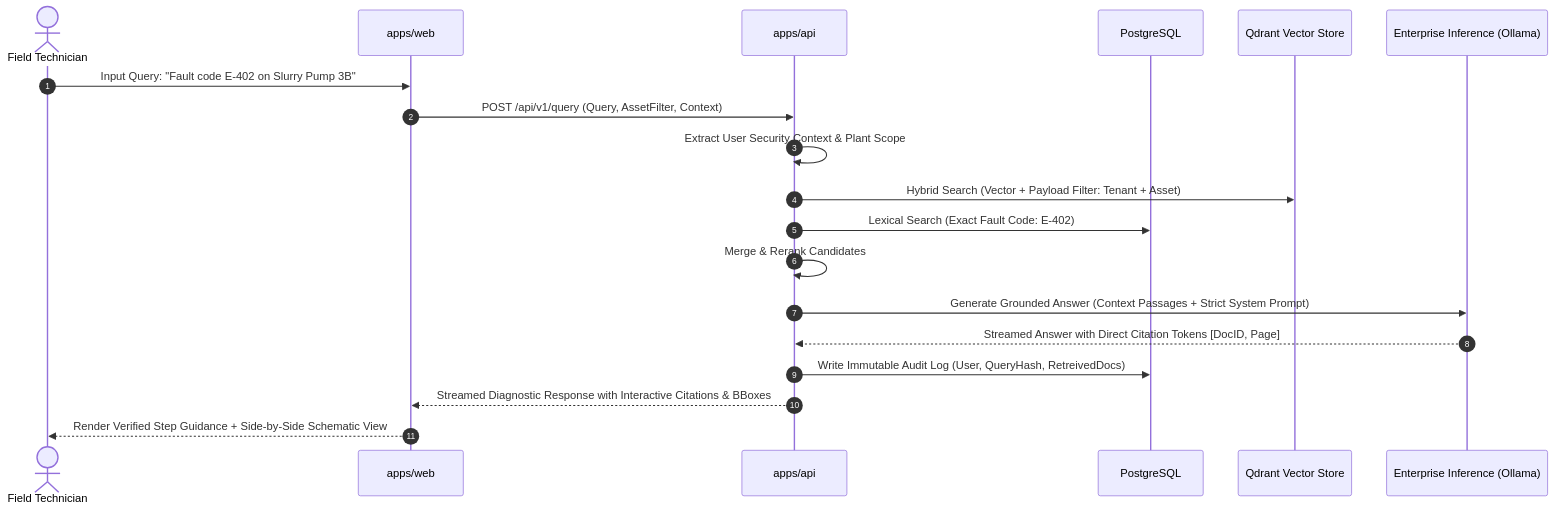
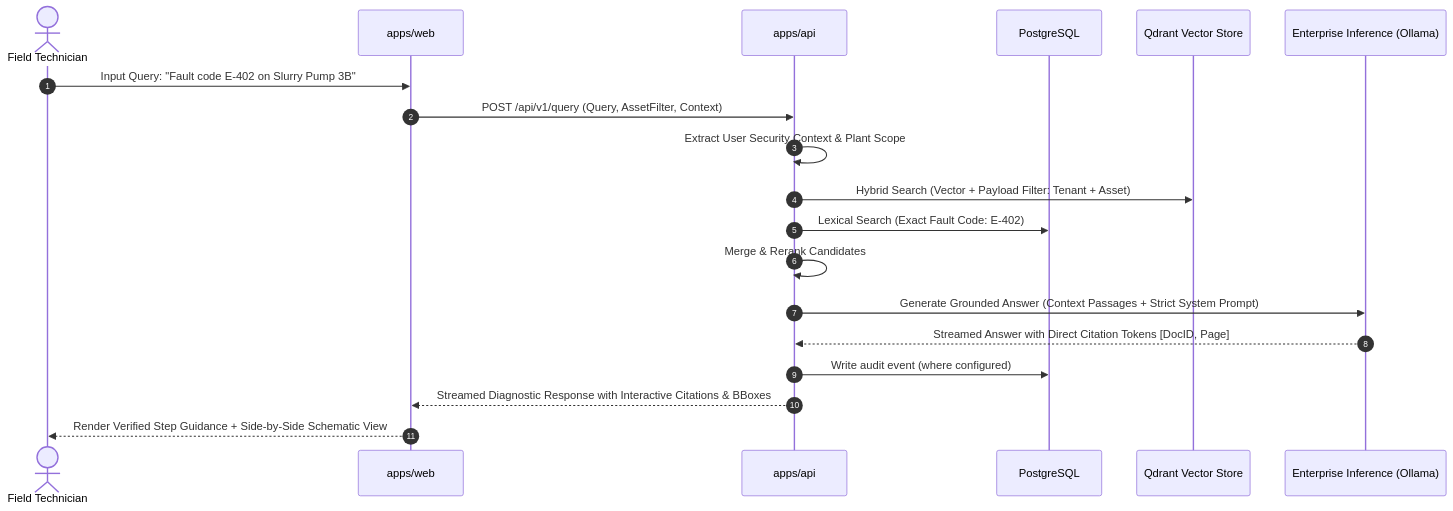
The second of 2 diagrams in docs/ARCHITECTURE.md (sakshamgoel2106/forgex), drawn with Mermaid before and after one commit. The commit also changed other lines of this file and 60 other files, not shown here.

````diff
--- a/docs/ARCHITECTURE.md
+++ b/docs/ARCHITECTURE.md
@@ -130,22 +130,22 @@
 ```mermaid
 sequenceDiagram
     autonumber
     actor Tech as Field Technician
     participant Web as apps/web
     participant API as apps/api
     participant DB as PostgreSQL
     participant Qdrant as Qdrant Vector Store
     participant LLM as Enterprise Inference (Ollama)
 
     Tech->>Web: Input Query: "Fault code E-402 on Slurry Pump 3B"
     Web->>API: POST /api/v1/query (Query, AssetFilter, Context)
     API->>API: Extract User Security Context & Plant Scope
     API->>Qdrant: Hybrid Search (Vector + Payload Filter: Tenant + Asset)
     API->>DB: Lexical Search (Exact Fault Code: E-402)
     API->>API: Merge & Rerank Candidates
     API->>LLM: Generate Grounded Answer (Context Passages + Strict System Prompt)
     LLM-->>API: Streamed Answer with Direct Citation Tokens [DocID, Page]
-    API->>DB: Write Immutable Audit Log (User, QueryHash, RetreivedDocs)
+    API->>DB: Write audit event (where configured)
     API-->>Web: Streamed Diagnostic Response with Interactive Citations & BBoxes
     Web-->>Tech: Render Verified Step Guidance + Side-by-Side Schematic View
 ```
````
